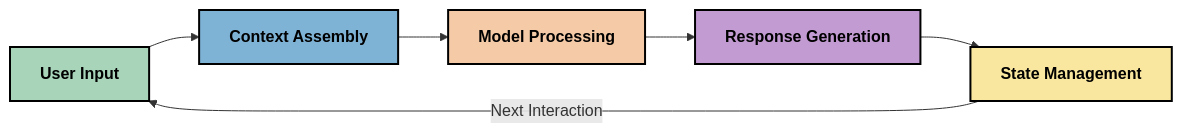
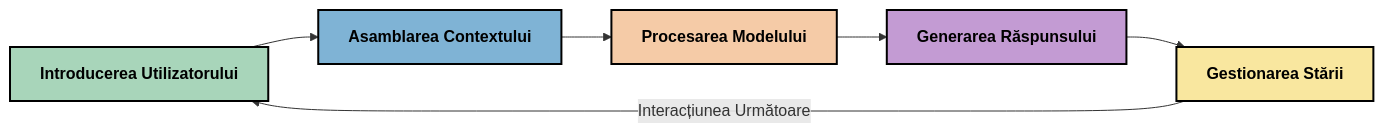
One commit to HIDORAKAI002/ai-workspace-archive changed the first of 6 diagrams in mcp_ecosystem__model_context_protocol/mcp_learning_resources/mcp-for-beginners/translations/ro/05-AdvancedTopics/mcp-contextengineering/README.md. Above: the diagram before and after it, drawn with Mermaid. The commit also changed other lines of this file and 1046 other files, not shown here.

````diff
--- a/mcp_ecosystem__model_context_protocol/mcp_learning_resources/mcp-for-beginners/translations/ro/05-AdvancedTopics/mcp-contextengineering/README.md
+++ b/mcp_ecosystem__model_context_protocol/mcp_learning_resources/mcp-for-beginners/translations/ro/05-AdvancedTopics/mcp-contextengineering/README.md
@@ -39,14 +40,14 @@
 ```mermaid
 graph LR
-    A[User Input] --> B[Context Assembly]
-    B --> C[Model Processing]
-    C --> D[Response Generation]
-    D --> E[State Management]
-    E -->|Next Interaction| A
+    A[Introducerea Utilizatorului] --> B[Asamblarea Contextului]
+    B --> C[Procesarea Modelului]
+    C --> D[Generarea Răspunsului]
+    D --> E[Gestionarea Stării]
+    E -->|Interacțiunea Următoare| A
     
     style A fill:#A8D5BA,stroke:#000000,stroke-width:2px,color:#000000,font-weight:bold
     style B fill:#7FB3D5,stroke:#000000,stroke-width:2px,color:#000000,font-weight:bold
     style C fill:#F5CBA7,stroke:#000000,stroke-width:2px,color:#000000,font-weight:bold
     style D fill:#C39BD3,stroke:#000000,stroke-width:2px,color:#000000,font-weight:bold
     style E fill:#F9E79F,stroke:#000000,stroke-width:2px,color:#000000,font-weight:bold
 ```
````
